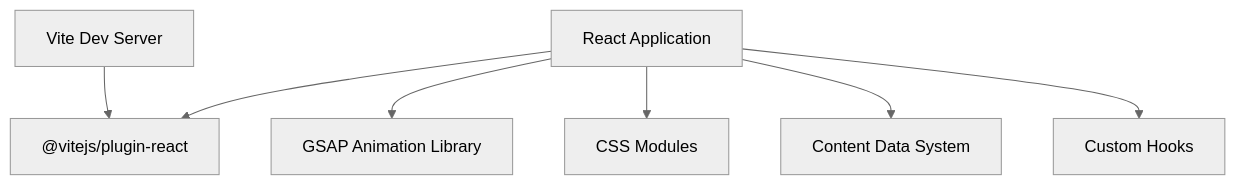
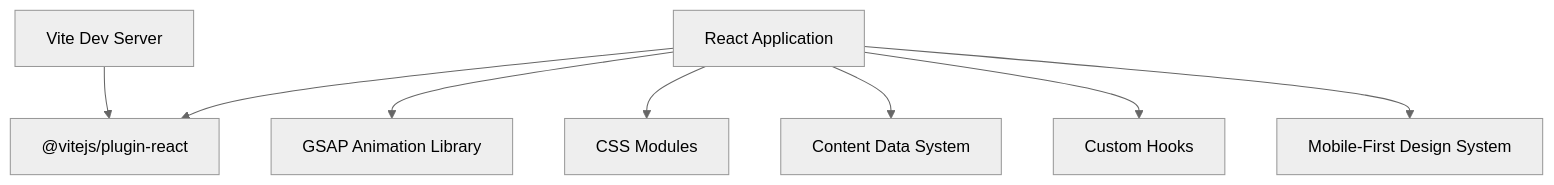
Before and after one commit to rakeshmaity271/frankie-picasso: diagram 14 of 14 in .qoder/repowiki/en/content/Application Architecture.md, drawn with Mermaid (neutral theme). The commit also changed other lines of this file and 27 other files, not shown here.

````diff
--- a/.qoder/repowiki/en/content/Application Architecture.md
+++ b/.qoder/repowiki/en/content/Application Architecture.md
@@ -397,16 +597,18 @@
 ```mermaid
 graph TB
 ReactApp["React Application"]
 Vite["Vite Dev Server"]
 ReactPlugin["@vitejs/plugin-react"]
 GSAP["GSAP Animation Library"]
 CSSModules["CSS Modules"]
 ContentData["Content Data System"]
 Hooks["Custom Hooks"]
+MobileDesign["Mobile-First Design System"]
 ReactApp --> ReactPlugin
 ReactApp --> GSAP
 ReactApp --> CSSModules
 ReactApp --> ContentData
 ReactApp --> Hooks
+ReactApp --> MobileDesign
 Vite --> ReactPlugin
 ```
````
